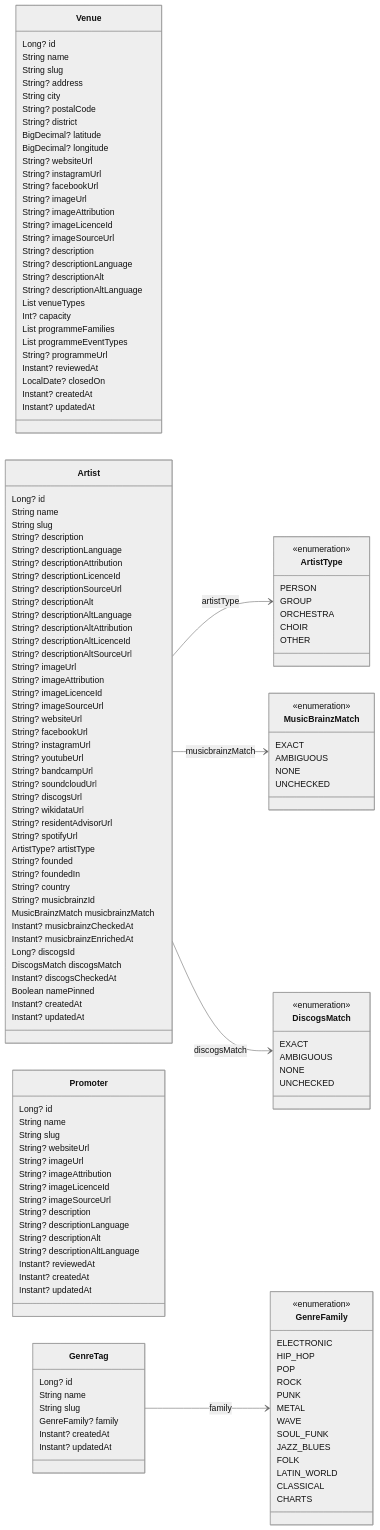
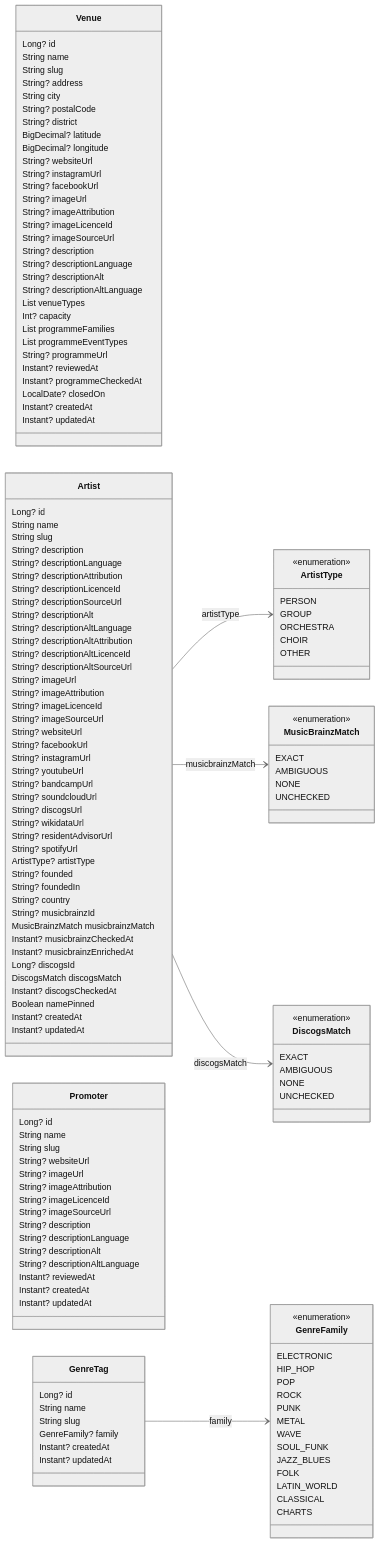
One commit to enorm-labs/event-junkie changed the diagram in docs/DATA_MODEL.md. Above: the diagram before and after it, drawn with Mermaid (neutral theme). The commit also changed other lines of this file and 22 other files, not shown here.

```diff
--- a/docs/DATA_MODEL.md
+++ b/docs/DATA_MODEL.md
@@ -53,6 +53,7 @@
         List programmeEventTypes
         String? programmeUrl
         Instant? reviewedAt
+        Instant? programmeCheckedAt
         LocalDate? closedOn
         Instant? createdAt
         Instant? updatedAt
```
